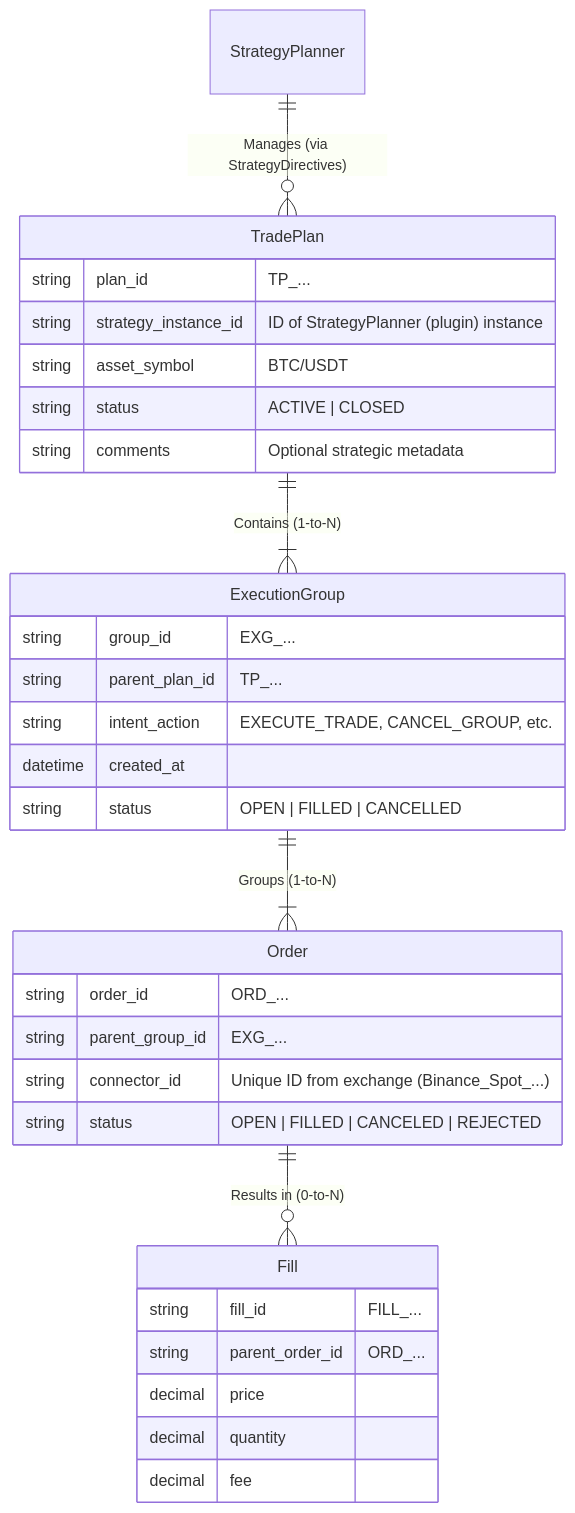
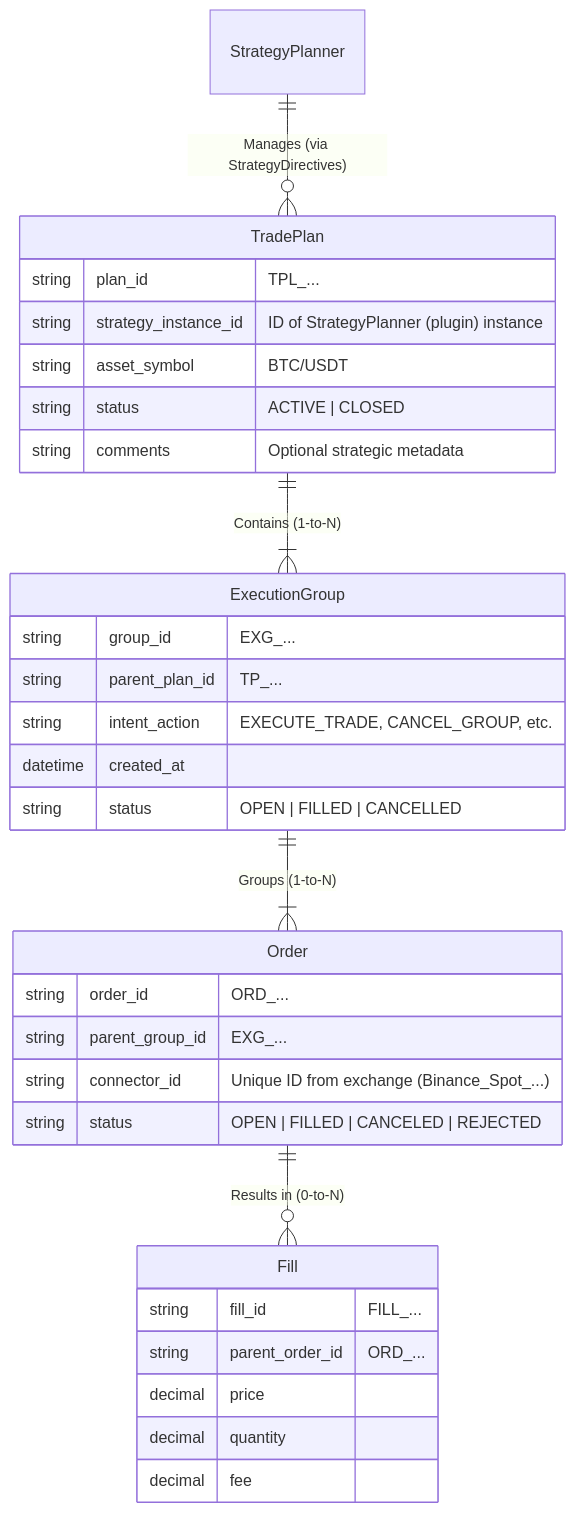
Before and after one commit to MikeyVK/S1mpleTraderV3: the diagram in docs/architecture/TRADE_LIFECYCLE.md, drawn with Mermaid. The commit also changed 3 other files, not shown here.

Commit message:
docs: update architecture docs with TradePlan integration and analysis reports

````diff
--- a/docs/architecture/TRADE_LIFECYCLE.md
+++ b/docs/architecture/TRADE_LIFECYCLE.md
@@ -15,38 +15,38 @@
 ```mermaid
 erDiagram  
     StrategyPlanner ||--o{ TradePlan : "Manages (via StrategyDirectives)"  
     TradePlan ||--|{ ExecutionGroup : "Contains (1-to-N)"  
     ExecutionGroup ||--|{ Order : "Groups (1-to-N)"  
     Order ||--o{ Fill : "Results in (0-to-N)"
 
     TradePlan {  
-        string plan_id "TP_..."  
+        string plan_id "TPL_..."  
         string strategy_instance_id "ID of StrategyPlanner (plugin) instance"  
         string asset_symbol "BTC/USDT"  
         string status "ACTIVE | CLOSED"  
         string comments "Optional strategic metadata"  
     }
 
     ExecutionGroup {  
         string group_id "EXG_..."  
         string parent_plan_id "TP_..."  
         string intent_action "EXECUTE_TRADE, CANCEL_GROUP, etc."  
         datetime created_at  
         string status "OPEN | FILLED | CANCELLED"  
     }
 
     Order {  
         string order_id "ORD_..."  
         string parent_group_id "EXG_..."  
         string connector_id "Unique ID from exchange (Binance_Spot_...)"  
         string status "OPEN | FILLED | CANCELED | REJECTED"  
     }
 
     Fill {  
         string fill_id "FILL_..."  
         string parent_order_id "ORD_..."  
         decimal price  
         decimal quantity  
         decimal fee  
     }
 ```
````
